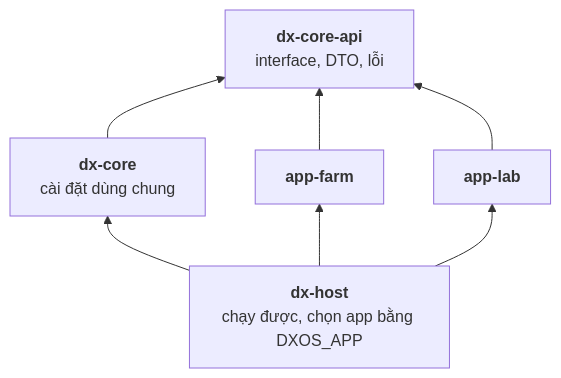
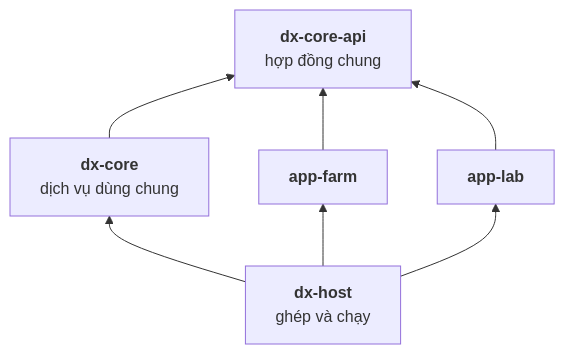
Before and after one commit to HaUI-ImplSolution/DX-OS: the third of 5 diagrams in ARCHITECTURE.md, drawn with Mermaid. The commit also changed other lines of this file and 2 other files, not shown here.

First line of the commit message:
docs: add an architecture overview and simplify the wording

````diff
--- a/ARCHITECTURE.md
+++ b/ARCHITECTURE.md
@@ -52,15 +87,15 @@
 ```mermaid
 flowchart BT
-  api["<b>dx-core-api</b><br/>interface, DTO, lỗi"]
-  core["<b>dx-core</b><br/>cài đặt dùng chung"]
+  api["<b>dx-core-api</b><br/>hợp đồng chung"]
+  core["<b>dx-core</b><br/>dịch vụ dùng chung"]
   farm["<b>app-farm</b>"]
   lab["<b>app-lab</b>"]
-  host["<b>dx-host</b><br/>chạy được, chọn app bằng DXOS_APP"]
+  host["<b>dx-host</b><br/>ghép và chạy"]
 
   core --> api
   farm --> api
   lab --> api
   host --> core
   host --> farm
   host --> lab
 ```
````
